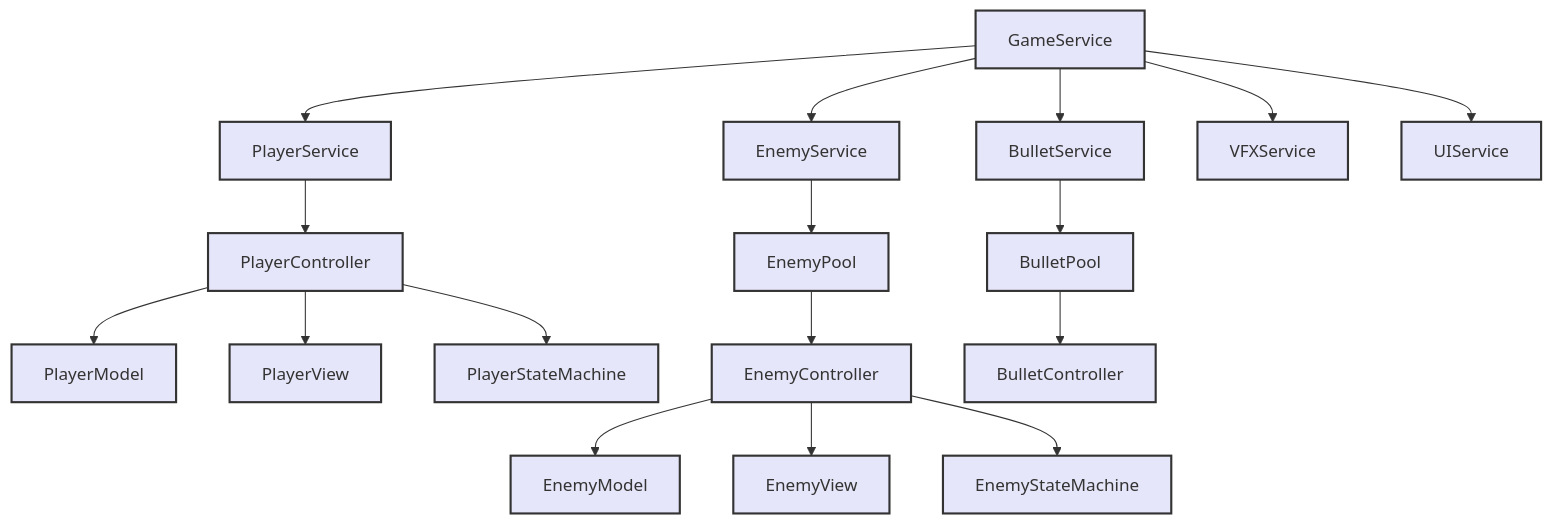
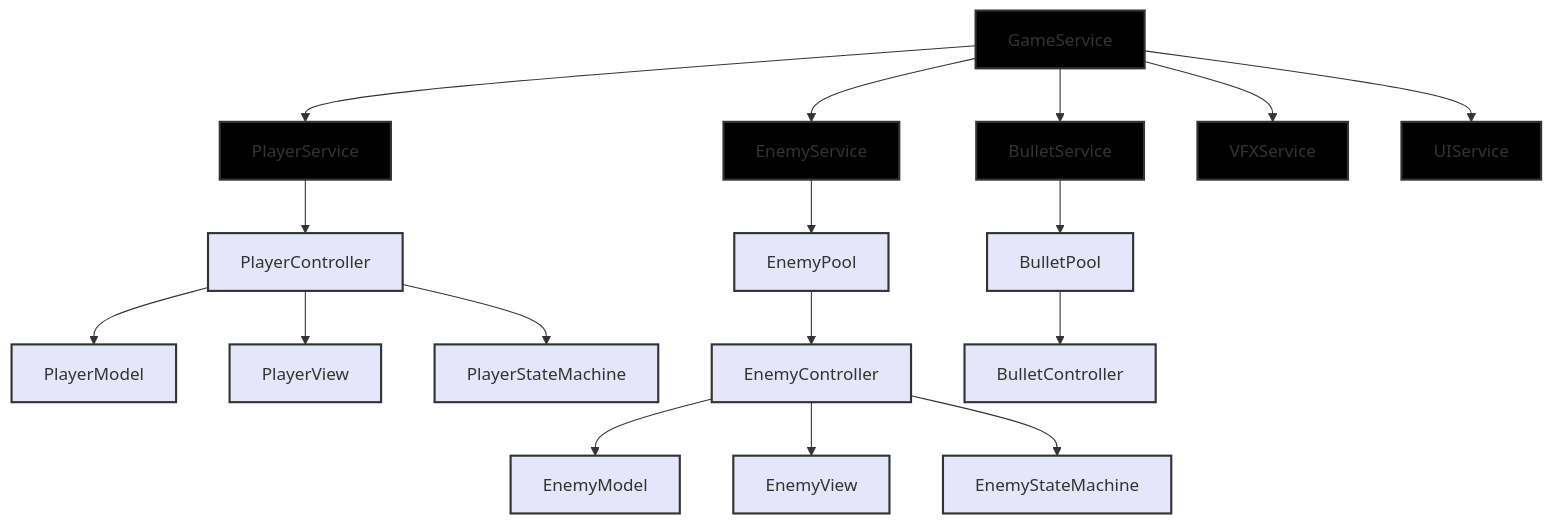
Before and after one commit to Sayan11071998/Dragon-Ball-Path-of-Fire: the diagram in README.md, drawn with Mermaid.

Commit message:
Change serviceStyle color in README.md

````diff
--- a/README.md
+++ b/README.md
@@ -15,36 +15,36 @@
 ```mermaid
 flowchart TD
     GameService[GameService]
     
     GameService --> PlayerService[PlayerService]
     GameService --> EnemyService[EnemyService]
     GameService --> BulletService[BulletService]
     GameService --> VFXService[VFXService]
     GameService --> UIService[UIService]
     
     PlayerService --> PlayerController[PlayerController]
     
     PlayerController --> PlayerModel[PlayerModel]
     PlayerController --> PlayerView[PlayerView]
     PlayerController --> PlayerStateMachine[PlayerStateMachine]
     
     EnemyService --> EnemyPool[EnemyPool]
     
     EnemyPool --> EnemyController[EnemyController]
     
     EnemyController --> EnemyModel[EnemyModel]
     EnemyController --> EnemyView[EnemyView]
     EnemyController --> EnemyStateMachine[EnemyStateMachine]
     
     BulletService --> BulletPool[BulletPool]
     
     BulletPool --> BulletController[BulletController]
     
-    classDef serviceStyle fill:#E6E6FA,stroke:#333,stroke-width:2px
+    classDef serviceStyle fill:#000000,stroke:#333,stroke-width:2px
     classDef controllerStyle fill:#E6E6FA,stroke:#333,stroke-width:2px
     classDef componentStyle fill:#E6E6FA,stroke:#333,stroke-width:2px
     
     class GameService,PlayerService,EnemyService,BulletService,VFXService,UIService serviceStyle
     class PlayerController,EnemyController,BulletController controllerStyle
     class PlayerModel,PlayerView,PlayerStateMachine,EnemyModel,EnemyView,EnemyStateMachine,EnemyPool,BulletPool componentStyle
 ```
````
